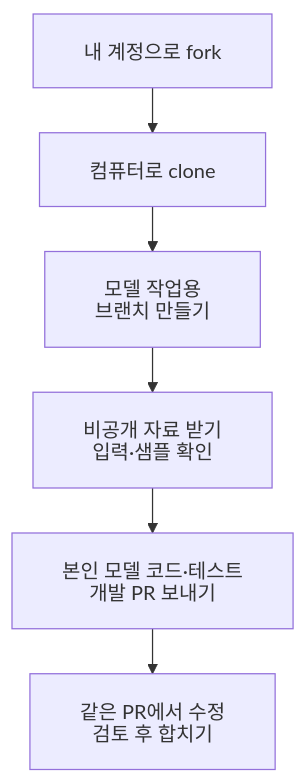
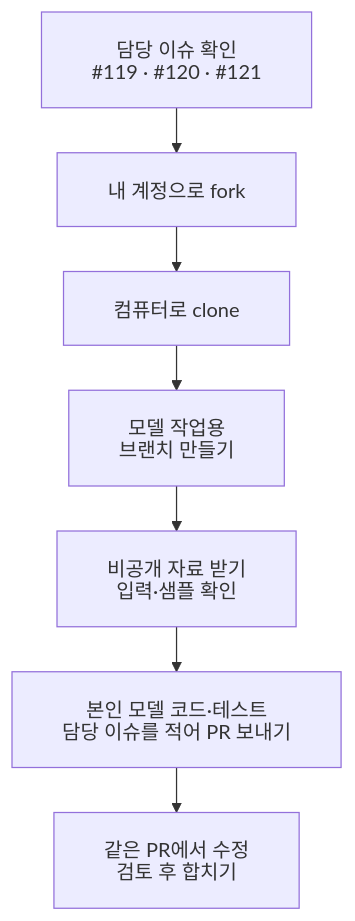
The diagram in docs/LEARNING_WORKFLOW.md (WaterMinCho/programming-study), drawn with Mermaid before and after one commit. The commit also changed other lines of this file and 6 other files, not shown here.

````diff
--- a/docs/LEARNING_WORKFLOW.md
+++ b/docs/LEARNING_WORKFLOW.md
@@ -9,17 +9,18 @@
 ```mermaid
 ---
 config:
   htmlLabels: false
   flowchart:
     padding: 20
     wrappingWidth: 240
     nodeSpacing: 32
     rankSpacing: 36
 ---
 flowchart TD
-    A["내 계정으로 fork"] --> B["컴퓨터로 clone"]
+    I["담당 이슈 확인<br/>#119 · #120 · #121"] --> A["내 계정으로 fork"]
+    A --> B["컴퓨터로 clone"]
     B --> C["모델 작업용<br/>브랜치 만들기"]
     C --> D["비공개 자료 받기<br/>입력·샘플 확인"]
-    D --> E["본인 모델 코드·테스트<br/>개발 PR 보내기"]
+    D --> E["본인 모델 코드·테스트<br/>담당 이슈를 적어 PR 보내기"]
     E --> F["같은 PR에서 수정<br/>검토 후 합치기"]
 ```
````
